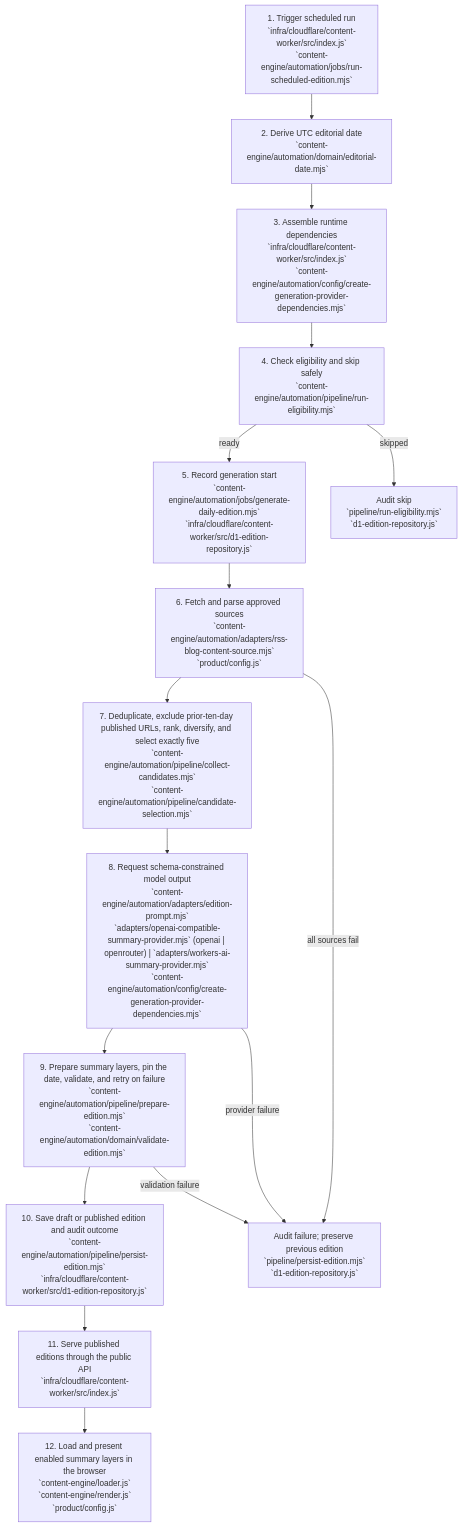
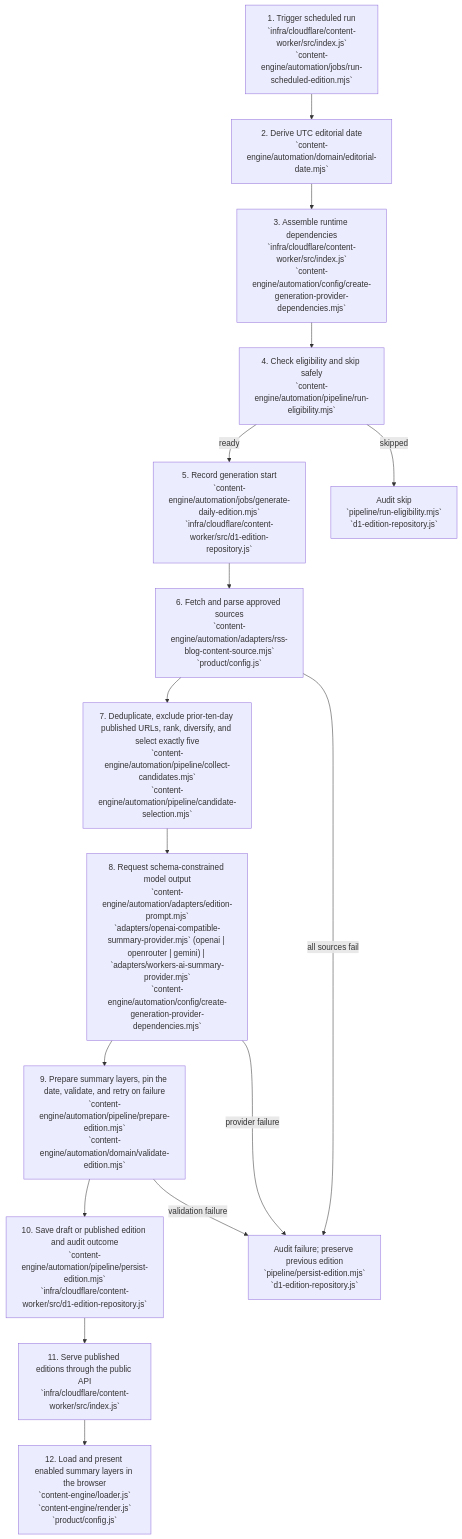
The second of 2 diagrams in docs/DAILY_CONTENT_AUTOMATION.md (RadheCode/AINuggets), drawn with Mermaid before and after one commit. The commit also changed other lines of this file and 9 other files, not shown here.

First line of the commit message:
Add Gemini and OpenAI fallback providers with per-provider secrets

````diff
--- a/docs/DAILY_CONTENT_AUTOMATION.md
+++ b/docs/DAILY_CONTENT_AUTOMATION.md
@@ -151,22 +152,22 @@
 ```mermaid
 flowchart TD
     S1["1. Trigger scheduled run\n`infra/cloudflare/content-worker/src/index.js`\n`content-engine/automation/jobs/run-scheduled-edition.mjs`"]
     S2["2. Derive UTC editorial date\n`content-engine/automation/domain/editorial-date.mjs`"]
     S3["3. Assemble runtime dependencies\n`infra/cloudflare/content-worker/src/index.js`\n`content-engine/automation/config/create-generation-provider-dependencies.mjs`"]
     S4["4. Check eligibility and skip safely\n`content-engine/automation/pipeline/run-eligibility.mjs`"]
     S5["5. Record generation start\n`content-engine/automation/jobs/generate-daily-edition.mjs`\n`infra/cloudflare/content-worker/src/d1-edition-repository.js`"]
     S6["6. Fetch and parse approved sources\n`content-engine/automation/adapters/rss-blog-content-source.mjs`\n`product/config.js`"]
     S7["7. Deduplicate, exclude prior-ten-day published URLs, rank, diversify, and select exactly five\n`content-engine/automation/pipeline/collect-candidates.mjs`\n`content-engine/automation/pipeline/candidate-selection.mjs`"]
-    S8["8. Request schema-constrained model output\n`content-engine/automation/adapters/edition-prompt.mjs`\n`adapters/openai-compatible-summary-provider.mjs` (openai | openrouter) | `adapters/workers-ai-summary-provider.mjs`\n`content-engine/automation/config/create-generation-provider-dependencies.mjs`"]
+    S8["8. Request schema-constrained model output\n`content-engine/automation/adapters/edition-prompt.mjs`\n`adapters/openai-compatible-summary-provider.mjs` (openai | openrouter | gemini) | `adapters/workers-ai-summary-provider.mjs`\n`content-engine/automation/config/create-generation-provider-dependencies.mjs`"]
     S9["9. Prepare summary layers, pin the date, validate, and retry on failure\n`content-engine/automation/pipeline/prepare-edition.mjs`\n`content-engine/automation/domain/validate-edition.mjs`"]
     S10["10. Save draft or published edition and audit outcome\n`content-engine/automation/pipeline/persist-edition.mjs`\n`infra/cloudflare/content-worker/src/d1-edition-repository.js`"]
     S11["11. Serve published editions through the public API\n`infra/cloudflare/content-worker/src/index.js`"]
     S12["12. Load and present enabled summary layers in the browser\n`content-engine/loader.js`\n`content-engine/render.js`\n`product/config.js`"]
 
     S1 --> S2 --> S3 --> S4
     S4 -->|ready| S5 --> S6 --> S7 --> S8 --> S9 --> S10 --> S11 --> S12
     S4 -->|skipped| X["Audit skip\n`pipeline/run-eligibility.mjs`\n`d1-edition-repository.js`"]
     S6 -->|all sources fail| F["Audit failure; preserve previous edition\n`pipeline/persist-edition.mjs`\n`d1-edition-repository.js`"]
     S8 -->|provider failure| F
     S9 -->|validation failure| F
 ```
````
